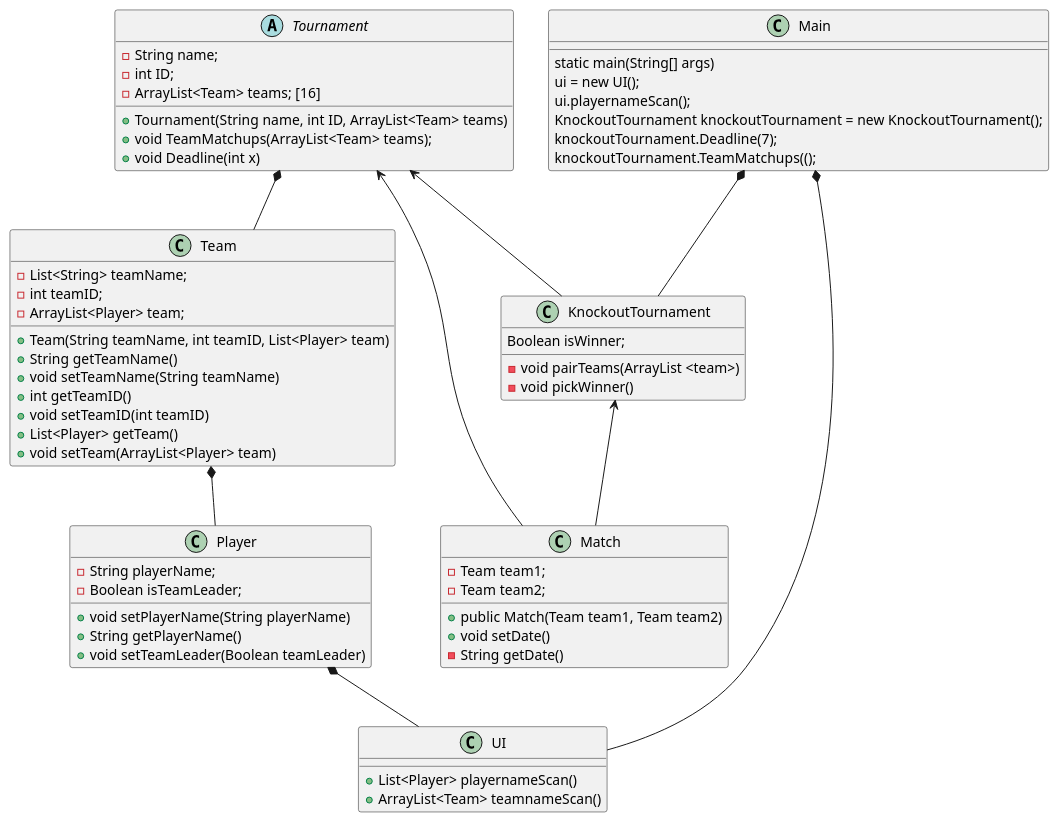
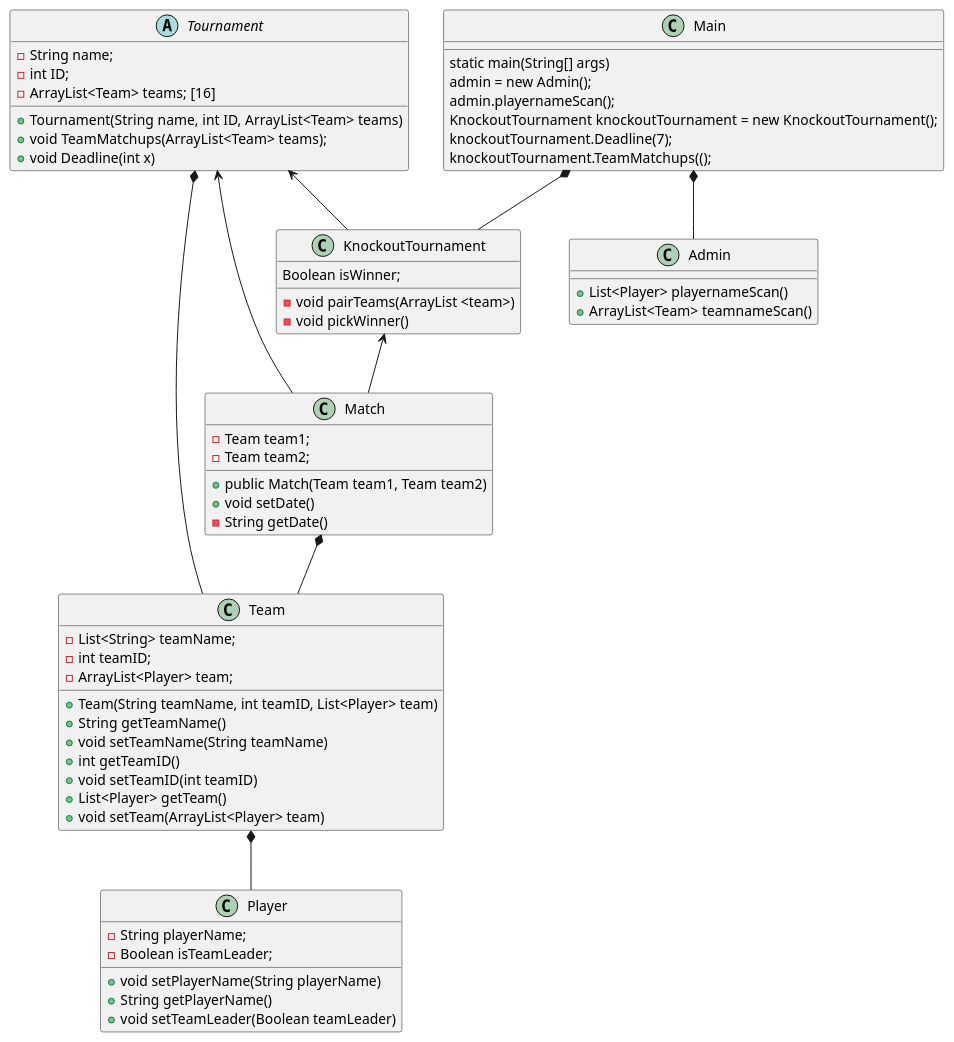
The diagram in SP3/out/production/SP3/UML/SP3 klasseDiagram.puml (SimonLyng/SP3), drawn with PlantUML before and after one commit. The commit also changed 14 other files, not shown here.

```diff
--- a/SP3/out/production/SP3/UML/SP3 klasseDiagram.puml
+++ b/SP3/out/production/SP3/UML/SP3 klasseDiagram.puml
@@ -1,76 +1,75 @@
 @startuml
 'https://plantuml.com/class-diagram
 
 Tournament<--KnockoutTournament
 Team*--Player
 Tournament*--Team
-Player*-- UI
 Main*--KnockoutTournament
 KnockoutTournament<-- Match
 Tournament<-- Match
-Main*-- UI
-
+Main*-- Admin
+Match*--Team
 class Player{
 - String playerName;
  -Boolean isTeamLeader;
  +void setPlayerName(String playerName)
  +String getPlayerName()
  +void setTeamLeader(Boolean teamLeader)
 
 }
 
 class Team{
 -List<String> teamName;
 -int teamID;
 -ArrayList<Player> team;
 +Team(String teamName, int teamID, List<Player> team)
 +String getTeamName()
 +void setTeamName(String teamName)
 +int getTeamID()
 +void setTeamID(int teamID)
  +List<Player> getTeam()
  +void setTeam(ArrayList<Player> team)
 }
 
 abstract class Tournament {
 -String name;
 -int ID;
 -ArrayList<Team> teams; [16]
 +Tournament(String name, int ID, ArrayList<Team> teams)
 + void TeamMatchups(ArrayList<Team> teams);
  +void Deadline(int x)
 
 
 }
 
 class KnockoutTournament {
 Boolean isWinner;
 - void pairTeams(ArrayList <team>)
 -void pickWinner()
 }
 
-class UI {
+class Admin {
 +List<Player> playernameScan()
 + ArrayList<Team> teamnameScan()
 }
 
 class Main{
 
 static main(String[] args)
- ui = new UI();
- ui.playernameScan();
+ admin = new Admin();
+ admin.playernameScan();
  KnockoutTournament knockoutTournament = new KnockoutTournament();
  knockoutTournament.Deadline(7);
  knockoutTournament.TeamMatchups(();
 
 }
 
 class Match {
   -Team team1;
   -Team team2;
  + public Match(Team team1, Team team2)
  +void setDate()
  -String getDate()
 
 }
 @enduml
```
